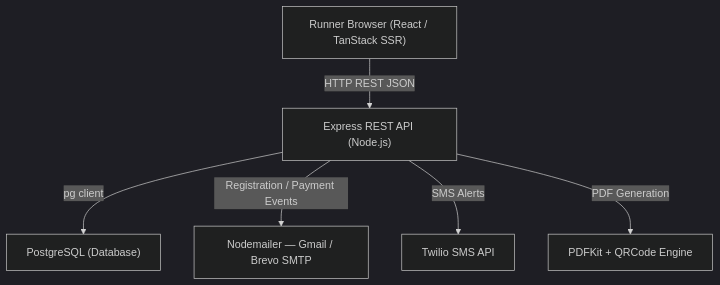
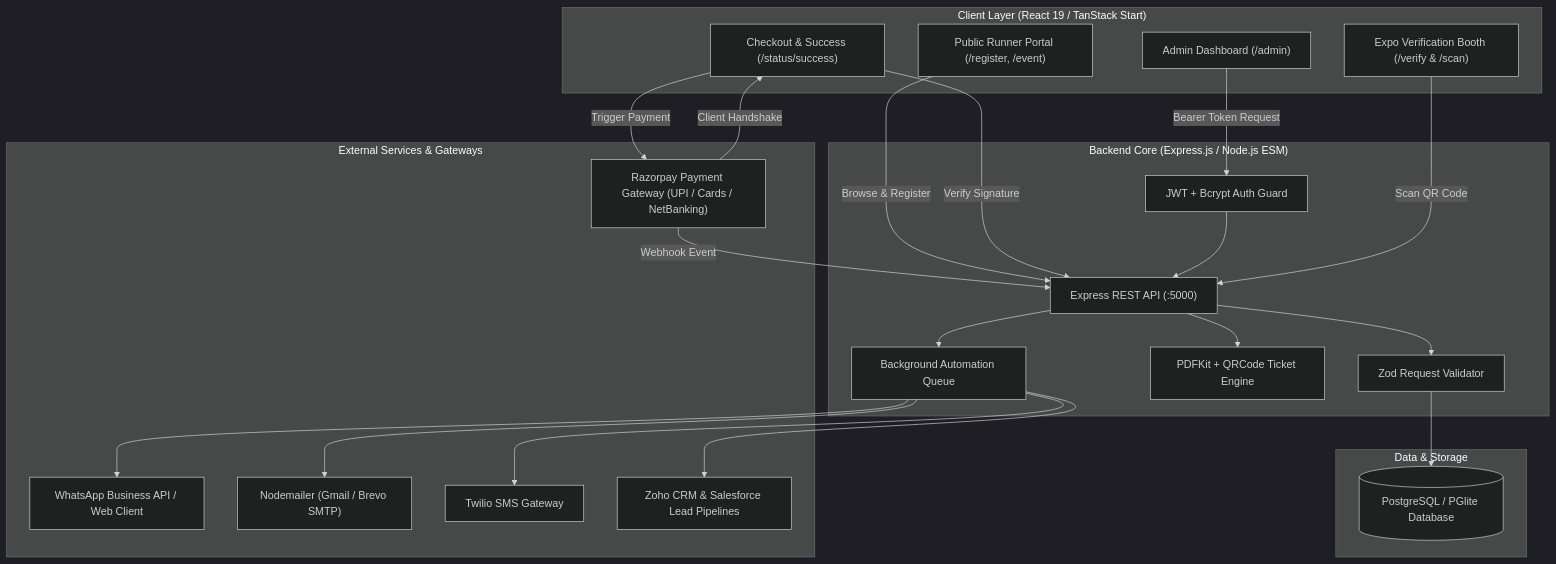
One commit to JeevananthanV/marathon_final changed the first of 2 diagrams in Case_Study.md. Above: the diagram before and after it, drawn with Mermaid (dark theme). The commit also changed other lines of this file and 47 other files, not shown here.

Commit message:
feat: Add Razorpay payment flow, scannable QR ticket generation, kit distribution tracking, and update all documentation

````diff
--- a/Case_Study.md
+++ b/Case_Study.md
@@ -26,8 +32,46 @@
 ```mermaid
 flowchart TD
-    A["Runner Browser (React / TanStack SSR)"] -->|HTTP REST JSON| B["Express REST API (Node.js)"]
-    B -->|pg client| C["PostgreSQL (Database)"]
-    B -->|Registration / Payment Events| D["Nodemailer — Gmail / Brevo SMTP"]
-    B -->|SMS Alerts| E["Twilio SMS API"]
-    B -->|PDF Generation| F["PDFKit + QRCode Engine"]
+    subgraph Client ["Client Layer (React 19 / TanStack Start)"]
+        R["Public Runner Portal (/register, /event)"]
+        S["Checkout & Success (/status/success)"]
+        A["Admin Dashboard (/admin)"]
+        V["Expo Verification Booth (/verify & /scan)"]
+    end
+
+    subgraph Server ["Backend Core (Express.js / Node.js ESM)"]
+        API["Express REST API (:5000)"]
+        Auth["JWT + Bcrypt Auth Guard"]
+        Val["Zod Request Validator"]
+        PDF["PDFKit + QRCode Ticket Engine"]
+        Queue["Background Automation Queue"]
+    end
+
+    subgraph Data ["Data & Storage"]
+        DB[("PostgreSQL / PGlite Database")]
+    end
+
+    subgraph External ["External Services & Gateways"]
+        RP["Razorpay Payment Gateway (UPI / Cards / NetBanking)"]
+        WA["WhatsApp Business API / Web Client"]
+        SMTP["Nodemailer (Gmail / Brevo SMTP)"]
+        SMS["Twilio SMS Gateway"]
+        CRM["Zoho CRM & Salesforce Lead Pipelines"]
+    end
+
+    R -->|Browse & Register| API
+    S -->|Trigger Payment| RP
+    RP -->|Client Handshake| S
+    S -->|Verify Signature| API
+    RP -->|Webhook Event| API
+    A -->|Bearer Token Request| Auth
+    Auth --> API
+    V -->|Scan QR Code| API
+    API --> Val
+    Val --> DB
+    API --> PDF
+    API --> Queue
+    Queue --> WA
+    Queue --> SMTP
+    Queue --> SMS
+    Queue --> CRM
 ```
````
